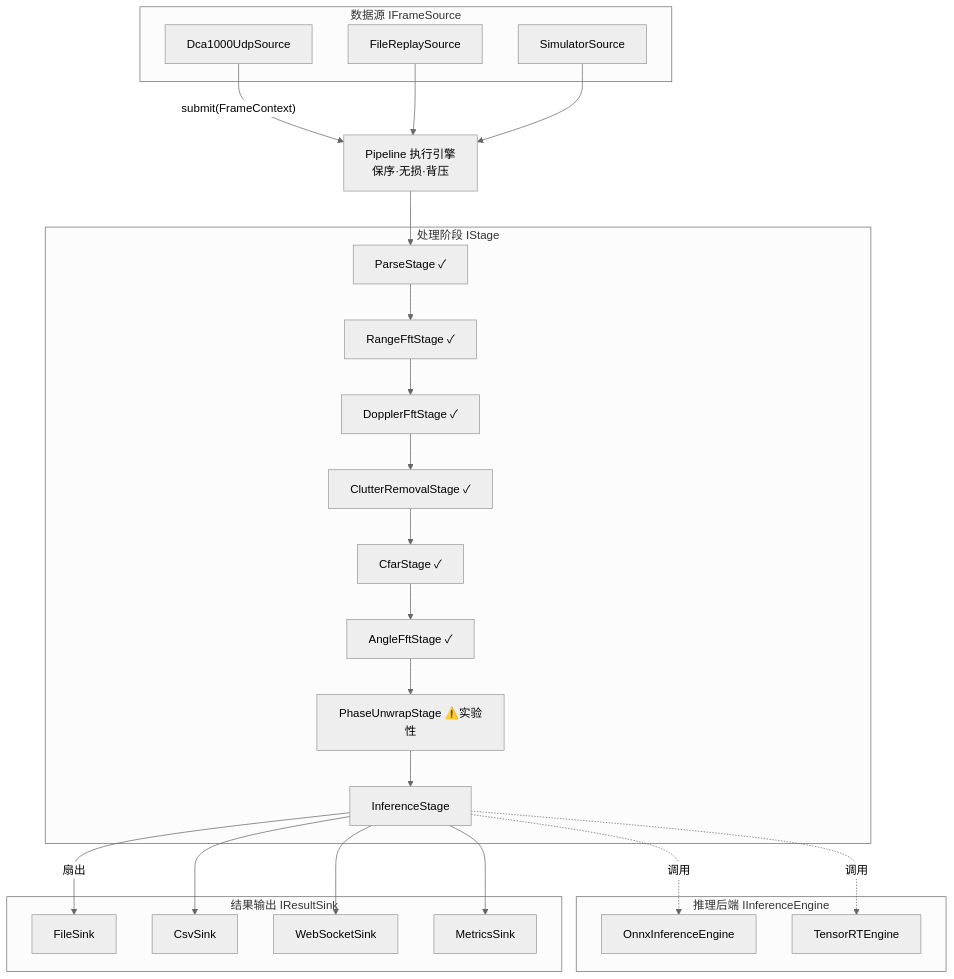
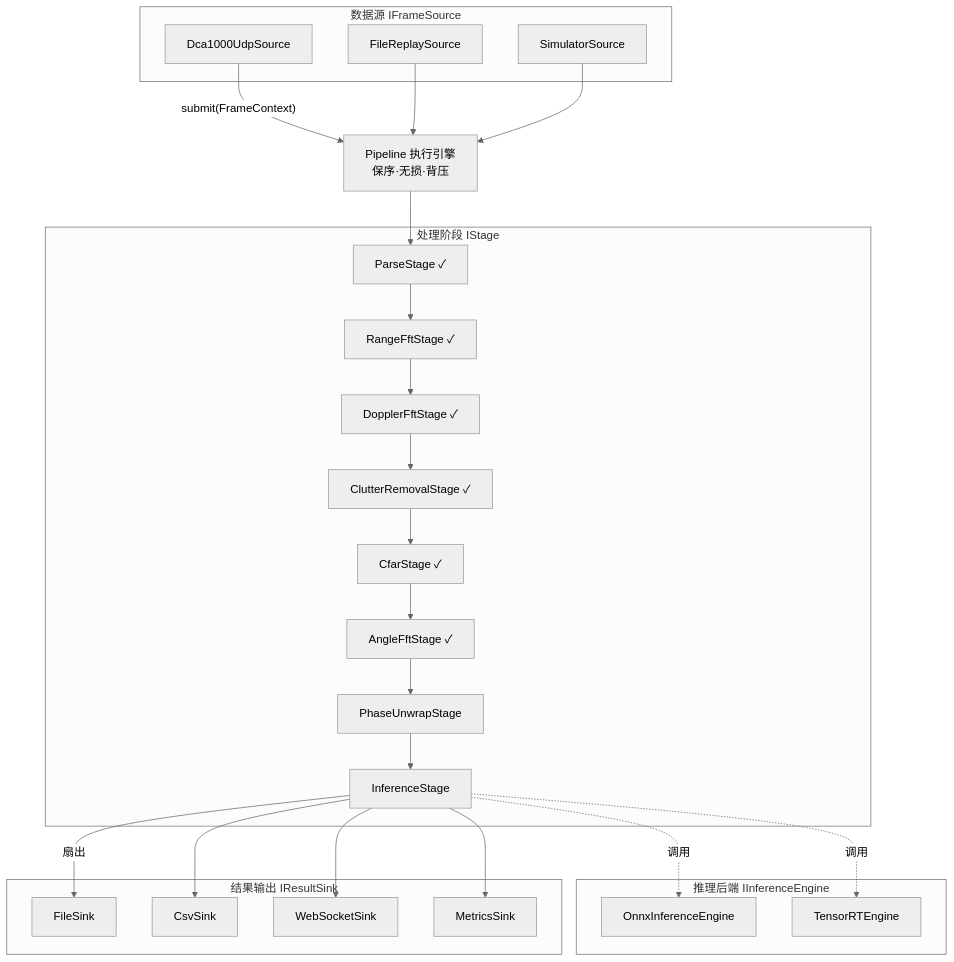
The fourth of 4 diagrams in README.md (Lukad77/awr1843-radar-toolkit), drawn with Mermaid (neutral theme) before and after one commit. The commit also changed other lines of this file, not shown here.

````diff
--- a/README.md
+++ b/README.md
@@ -465,47 +398,47 @@
 ```mermaid
 graph TB
     subgraph SOURCES["数据源 IFrameSource"]
         S1["Dca1000UdpSource"]
         S2["FileReplaySource"]
         S3["SimulatorSource"]
     end
     PIPE["Pipeline 执行引擎<br/>保序·无损·背压"]
     subgraph STAGES["处理阶段 IStage"]
         ST1["ParseStage ✓"]
         ST2["RangeFftStage ✓"]
         ST2b["DopplerFftStage ✓"]
         ST2c["ClutterRemovalStage ✓"]
         ST3["CfarStage ✓"]
         ST3b["AngleFftStage ✓"]
-        ST3c["PhaseUnwrapStage ⚠️实验性"]
+        ST3c["PhaseUnwrapStage"]
         ST4["InferenceStage"]
     end
     subgraph ENGINE["推理后端 IInferenceEngine"]
         E1["OnnxInferenceEngine"]
         E2["TensorRTEngine"]
     end
     subgraph SINKS["结果输出 IResultSink"]
         K1["FileSink"]
         K2["CsvSink"]
         K3["WebSocketSink"]
         K4["MetricsSink"]
     end
 
     S1 -->|"submit(FrameContext)"| PIPE
     S2 --> PIPE
     S3 --> PIPE
     PIPE --> ST1
     ST1 --> ST2
     ST2 --> ST2b
     ST2b --> ST2c
     ST2c --> ST3
     ST3 --> ST3b
     ST3b --> ST3c
     ST3c --> ST4
     ST4 -.调用.-> E1
     ST4 -.调用.-> E2
     ST4 -->|"扇出"| K1
     ST4 --> K2
     ST4 --> K3
     ST4 --> K4
 ```
````
